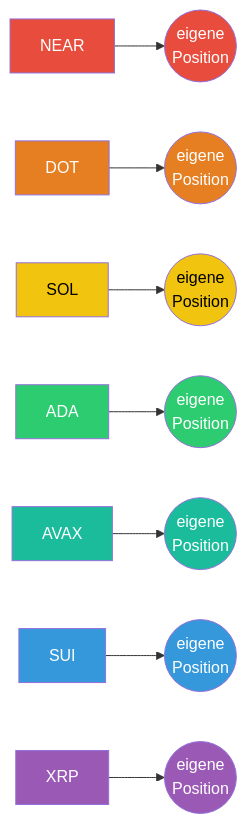
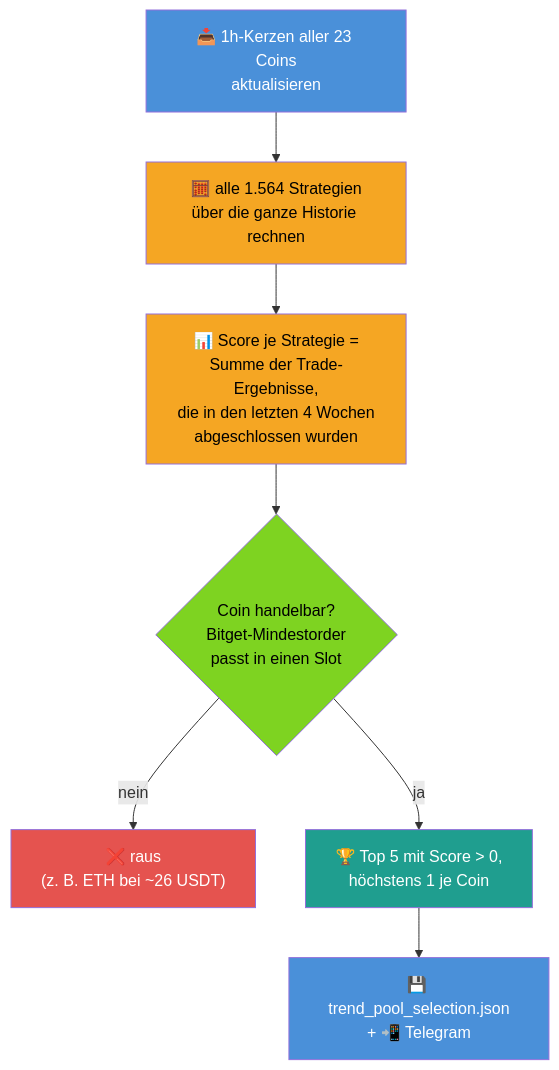
Before and after one commit to Youra82/oraclebot: the second of 3 diagrams in README.md, drawn with Mermaid. The commit also changed other lines of this file and 46 other files, not shown here.

First line of the commit message:
Remove retired strategies and rewrite README for the trend pool

````diff
--- a/README.md
+++ b/README.md
@@ -200,18 +124,15 @@
 ```mermaid
-flowchart LR
-    N["NEAR"]:::c1 --> NT(("eigene<br/>Position")):::c1
-    D["DOT"]:::c2 --> DT(("eigene<br/>Position")):::c2
-    S["SOL"]:::c3 --> ST(("eigene<br/>Position")):::c3
-    A["ADA"]:::c4 --> AT(("eigene<br/>Position")):::c4
-    V["AVAX"]:::c5 --> VT(("eigene<br/>Position")):::c5
-    U["SUI"]:::c6 --> UT(("eigene<br/>Position")):::c6
-    X["XRP"]:::c7 --> XT(("eigene<br/>Position")):::c7
+flowchart TD
+    A["📥 1h-Kerzen aller 23 Coins<br/>aktualisieren"]:::io --> B["🧮 alle 1.564 Strategien<br/>über die ganze Historie rechnen"]:::proc
+    B --> C["📊 Score je Strategie =<br/>Summe der Trade-Ergebnisse,<br/>die in den letzten 4 Wochen<br/>abgeschlossen wurden"]:::proc
+    C --> D{"Coin handelbar?<br/>Bitget-Mindestorder<br/>passt in einen Slot"}:::dec
+    D -- nein --> Z["❌ raus<br/>(z. B. ETH bei ~26 USDT)"]:::no
+    D -- ja --> E["🏆 Top 5 mit Score > 0,<br/>höchstens 1 je Coin"]:::act
+    E --> F["💾 trend_pool_selection.json<br/>+ 📲 Telegram"]:::io
 
-    classDef c1 fill:#E74C3C,color:#fff
-    classDef c2 fill:#E67E22,color:#fff
-    classDef c3 fill:#F1C40F,color:#000
-    classDef c4 fill:#2ECC71,color:#fff
-    classDef c5 fill:#1ABC9C,color:#fff
-    classDef c6 fill:#3498DB,color:#fff
-    classDef c7 fill:#9B59B6,color:#fff
+    classDef io fill:#4A90D9,color:#fff
+    classDef proc fill:#F5A623,color:#000
+    classDef dec fill:#7ED321,color:#000
+    classDef act fill:#1f9e8f,color:#fff
+    classDef no fill:#e5534f,color:#fff
 ```
````
